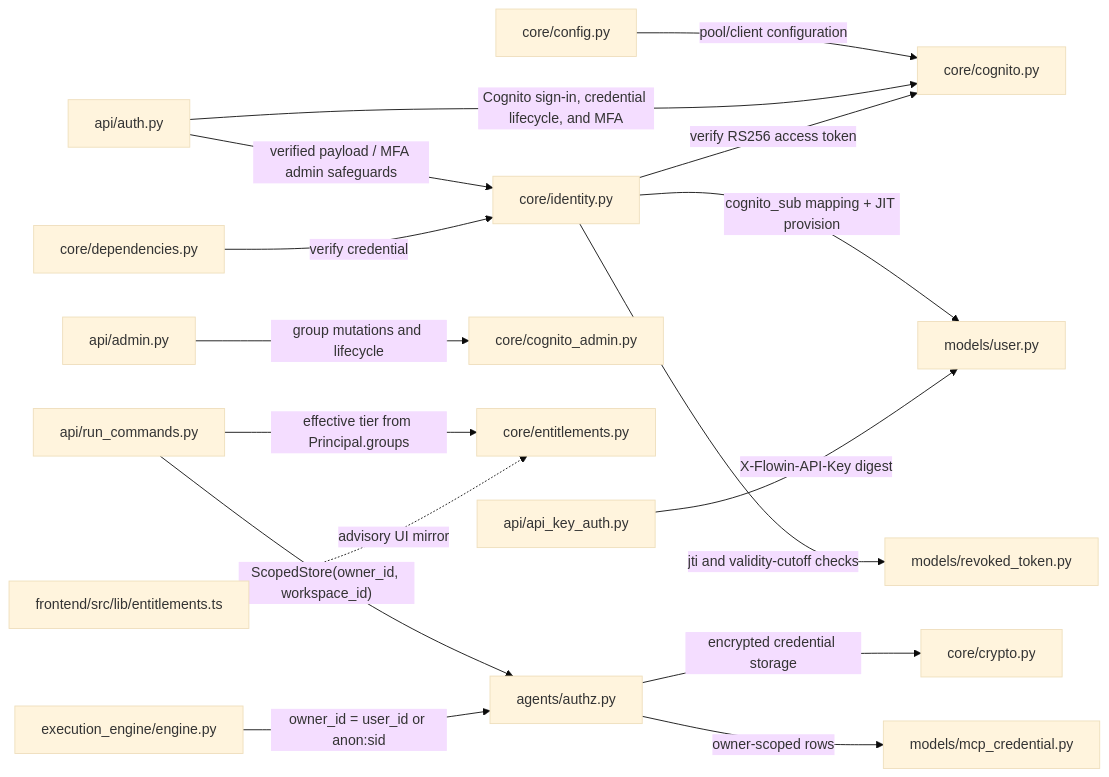
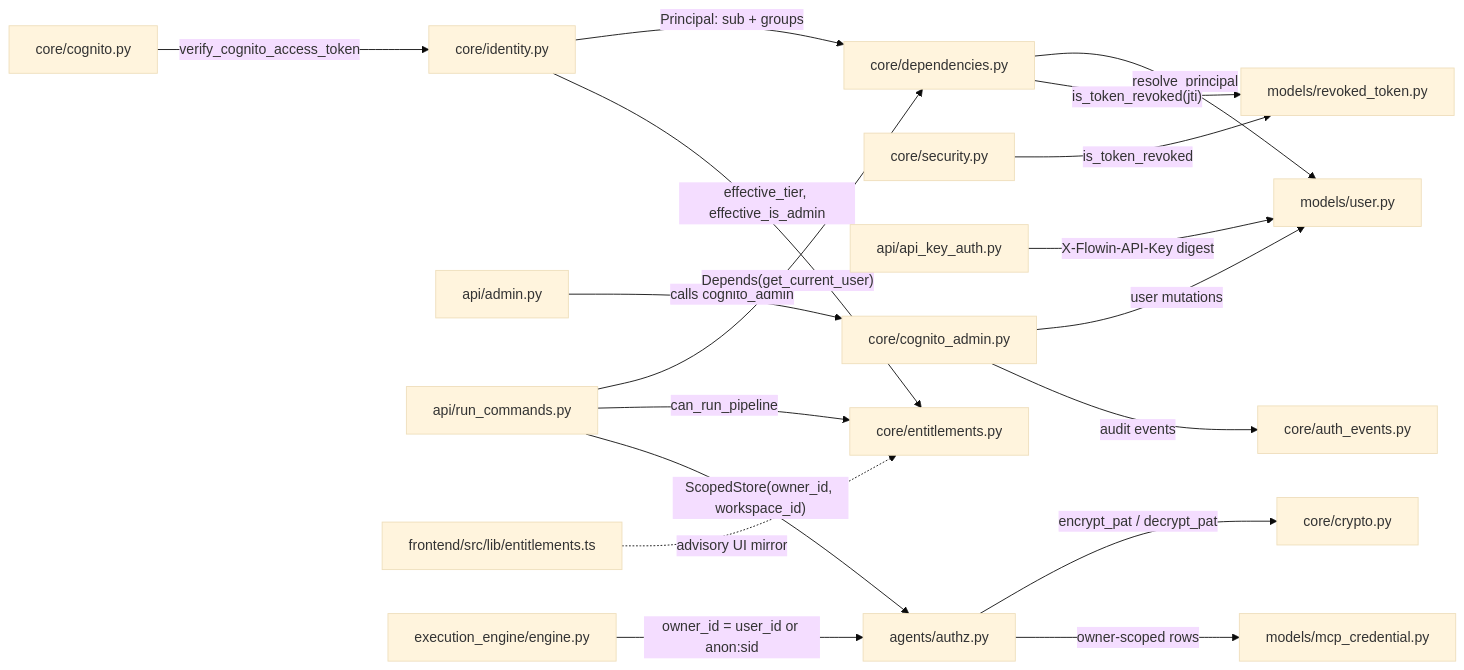
Before and after one commit to prateek-sinha7/IdeaFlowAI: the first of 2 diagrams in .knowledge/architecture/DOMAIN-auth-and-entitlements.md, drawn with Mermaid (base theme). The commit also changed other lines of this file and 4493 other files, not shown here.

````diff
--- a/.knowledge/architecture/DOMAIN-auth-and-entitlements.md
+++ b/.knowledge/architecture/DOMAIN-auth-and-entitlements.md
@@ -155,18 +169,20 @@
 ```mermaid
 flowchart LR
-  config["core/config.py"] -->|"pool/client configuration"| cognito["core/cognito.py"]
-  auth["api/auth.py"] -->|"Cognito sign-in, credential lifecycle, and MFA"| cognito
-  auth -->|"verified payload / MFA admin safeguards"| identity
-  deps["core/dependencies.py"] -->|"verify credential"| identity["core/identity.py"]
-  identity -->|"verify RS256 access token"| cognito
-  identity -->|"cognito_sub mapping + JIT provision"| user["models/user.py"]
-  identity -->|"jti and validity-cutoff checks"| revoked["models/revoked_token.py"]
+  cognito_m["core/cognito.py"] -->|"verify_cognito_access_token"| identity["core/identity.py"]
+  identity -->|"Principal: sub + groups"| deps["core/dependencies.py"]
+  deps -->|"resolve_principal"| user["models/user.py"]
+  deps -->|"is_token_revoked(jti)"| revoked["models/revoked_token.py"]
+  security["core/security.py"] -->|"is_token_revoked"| revoked
   apikey["api/api_key_auth.py"] -->|"X-Flowin-API-Key digest"| user
-  admin["api/admin.py"] -->|"group mutations and lifecycle"| lifecycle["core/cognito_admin.py"]
-  runcmd["api/run_commands.py"] -->|"effective tier from Principal.groups"| ent["core/entitlements.py"]
+  admin["api/admin.py"] -->|"calls cognito_admin"| ca["core/cognito_admin.py"]
+  ca -->|"user mutations"| user
+  ca -->|"audit events"| auth_events["core/auth_events.py"]
+  runcmd["api/run_commands.py"] -->|"Depends(get_current_user)"| deps
+  identity -->|"effective_tier, effective_is_admin"| ent["core/entitlements.py"]
+  runcmd -->|"can_run_pipeline"| ent
   fe["frontend/src/lib/entitlements.ts"] -.->|"advisory UI mirror"| ent
   runcmd -->|"ScopedStore(owner_id, workspace_id)"| authz["agents/authz.py"]
   engine["execution_engine/engine.py"] -->|"owner_id = user_id or anon:sid"| authz
-  authz -->|"encrypted credential storage"| crypto["core/crypto.py"]
+  authz -->|"encrypt_pat / decrypt_pat"| crypto["core/crypto.py"]
   authz -->|"owner-scoped rows"| mcpcred["models/mcp_credential.py"]
 ```
````
